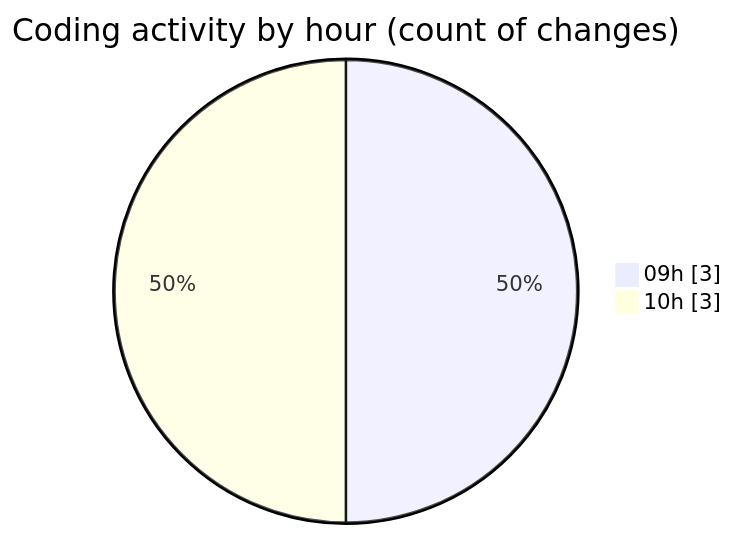
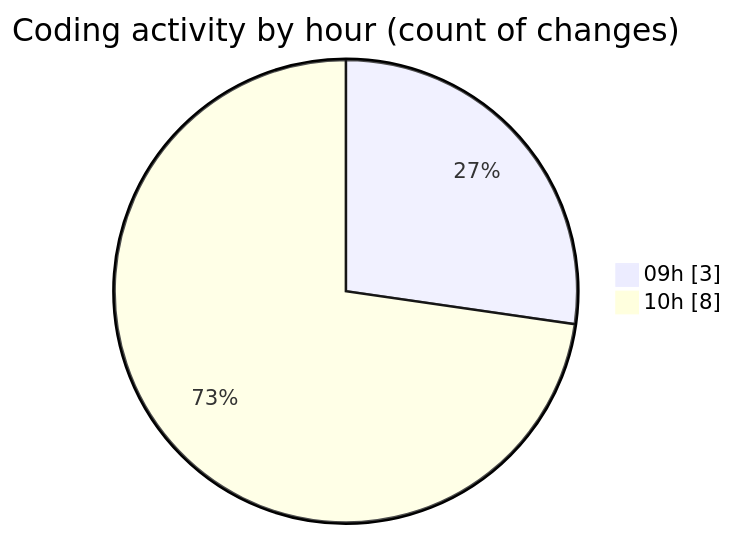
One commit to momahboobian/code-tracking changed the second of 2 diagrams in 2025-08-08/cda/README.md. Above: the diagram before and after it, drawn with Mermaid. The commit also changed other lines of this file and 1 other file, not shown here.

````diff
--- a/2025-08-08/cda/README.md
+++ b/2025-08-08/cda/README.md
@@ -28,6 +28,6 @@
 ```mermaid
 pie showData
 title Coding activity by hour (count of changes)
 "09h" : 3
-"10h" : 3
+"10h" : 8
 ```
````
